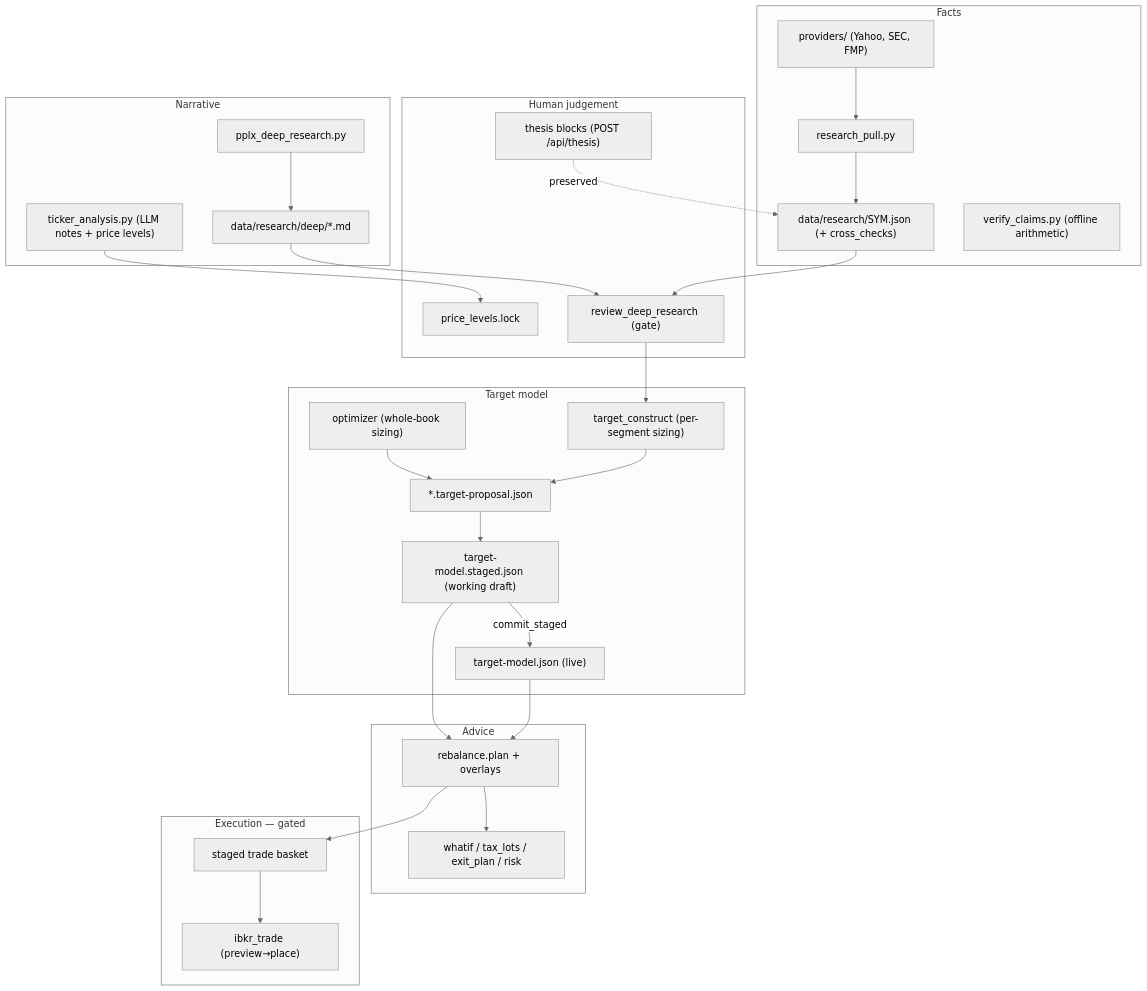
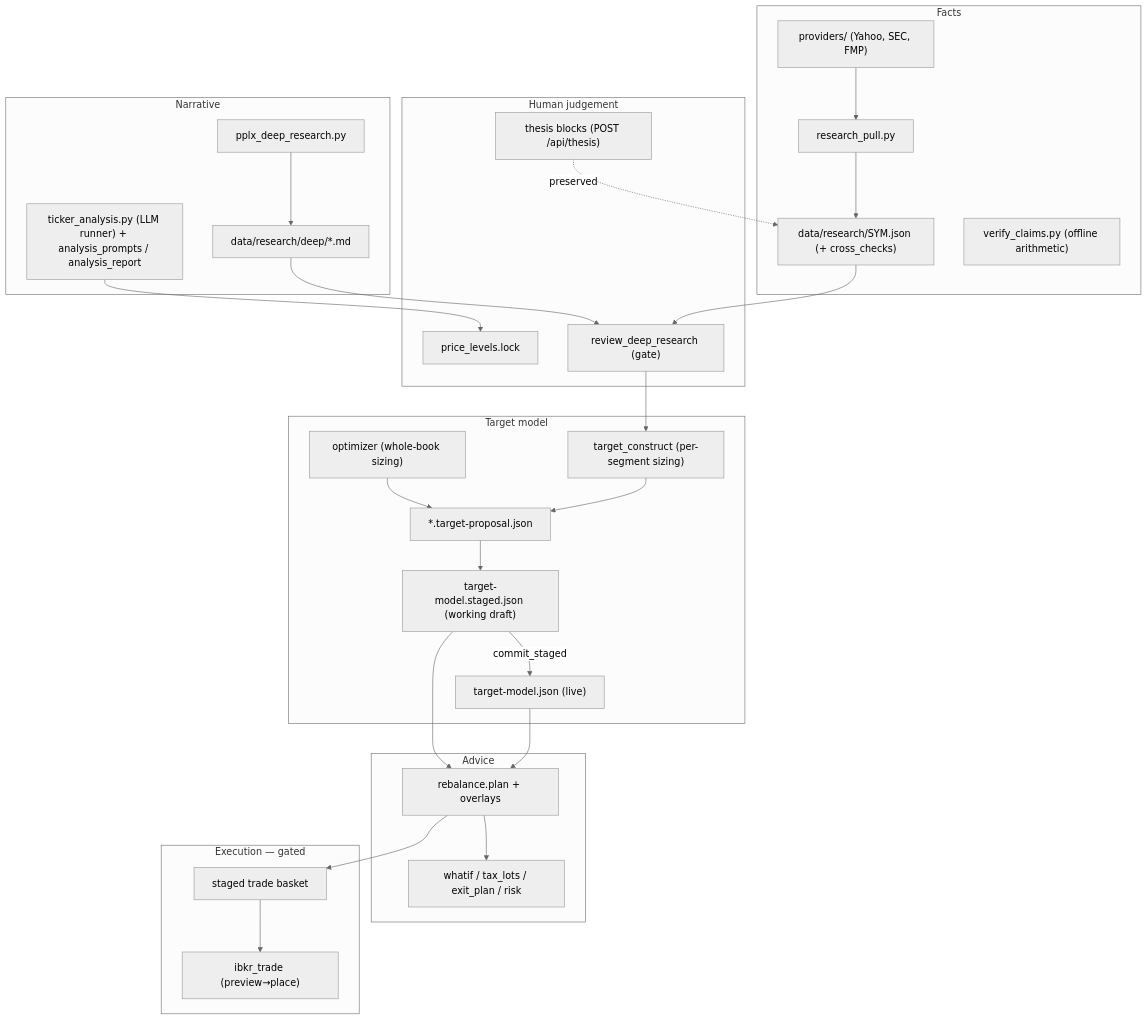
Before and after one commit to DeirhX/assay: the second of 2 diagrams in ARCHITECTURE.md, drawn with Mermaid (neutral theme). The commit also changed 6 other files, not shown here.

First line of the commit message:
refactor(analysis): extract prompt + report modules from ticker_analysis

````diff
--- a/ARCHITECTURE.md
+++ b/ARCHITECTURE.md
@@ -207,44 +207,44 @@
 ```mermaid
 flowchart TB
   subgraph facts [Facts]
     PROV["providers/ (Yahoo, SEC, FMP)"] --> RP["research_pull.py"]
     RP --> DOSS["data/research/SYM.json (+ cross_checks)"]
     VC["verify_claims.py (offline arithmetic)"]
   end
   subgraph narrative [Narrative]
     PPLX["pplx_deep_research.py"] --> REPORT["data/research/deep/*.md"]
-    TA["ticker_analysis.py (LLM notes + price levels)"]
+    TA["ticker_analysis.py (LLM runner) + analysis_prompts / analysis_report"]
   end
   subgraph judgement [Human judgement]
     THESIS["thesis blocks (POST /api/thesis)"]
     LOCK["price_levels.lock"]
     REVIEW["review_deep_research (gate)"]
   end
   subgraph model [Target model]
     CONSTRUCT["target_construct (per-segment sizing)"]
     OPT["optimizer (whole-book sizing)"]
     PROP["*.target-proposal.json"]
     STAGED["target-model.staged.json (working draft)"]
     LIVE["target-model.json (live)"]
   end
   subgraph plan [Advice]
     REBAL["rebalance.plan + overlays"]
     WHATIF["whatif / tax_lots / exit_plan / risk"]
   end
   subgraph exec [Execution — gated]
     BASKET["staged trade basket"]
     IBKR["ibkr_trade (preview→place)"]
   end
   DOSS --> REVIEW
   REPORT --> REVIEW
   REVIEW --> CONSTRUCT --> PROP
   OPT --> PROP
   PROP --> STAGED
   STAGED -->|commit_staged| LIVE
   THESIS -.preserved.-> DOSS
   TA --> LOCK
   LIVE --> REBAL
   STAGED --> REBAL
   REBAL --> WHATIF
   REBAL --> BASKET --> IBKR
 ```
````
